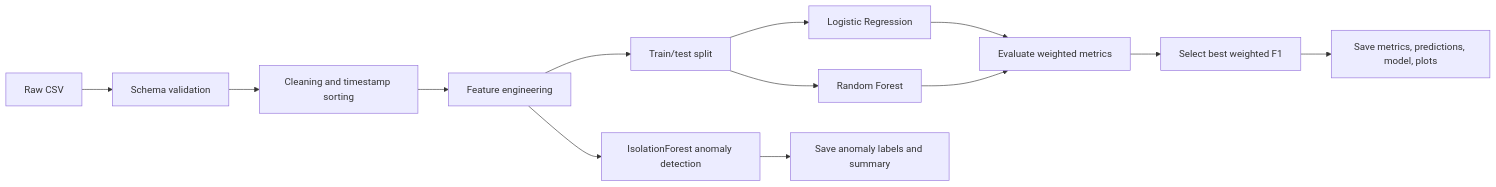
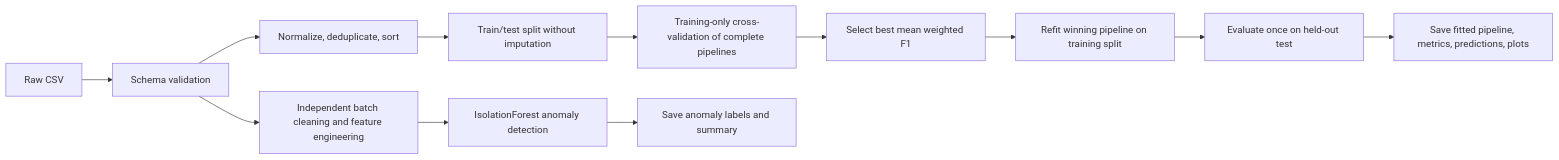
Before and after one commit to cicixgliamici/env-telemetry-risk-pipeline: the first of 2 diagrams in docs/MODELING_NOTES.md, drawn with Mermaid. The commit also changed other lines of this file and 12 other files, not shown here.

Commit message:
fix: persist training-fitted preprocessing with classifiers

````diff
--- a/docs/MODELING_NOTES.md
+++ b/docs/MODELING_NOTES.md
@@ -29,15 +29,14 @@
 ```mermaid
 flowchart LR
     A[Raw CSV] --> B[Schema validation]
-    B --> C[Cleaning and timestamp sorting]
-    C --> D[Feature engineering]
-    D --> E[Train/test split]
-    E --> F1[Logistic Regression]
-    E --> F2[Random Forest]
-    F1 --> G[Evaluate weighted metrics]
-    F2 --> G
-    G --> H[Select best weighted F1]
-    H --> I[Save metrics, predictions, model, plots]
+    B --> C[Normalize, deduplicate, sort]
+    C --> E[Train/test split without imputation]
+    E --> F[Training-only cross-validation of complete pipelines]
+    F --> H[Select best mean weighted F1]
+    H --> R[Refit winning pipeline on training split]
+    R --> G[Evaluate once on held-out test]
+    G --> I[Save fitted pipeline, metrics, predictions, plots]
+    B --> D[Independent batch cleaning and feature engineering]
     D --> J[IsolationForest anomaly detection]
     J --> K[Save anomaly labels and summary]
 ```
````
